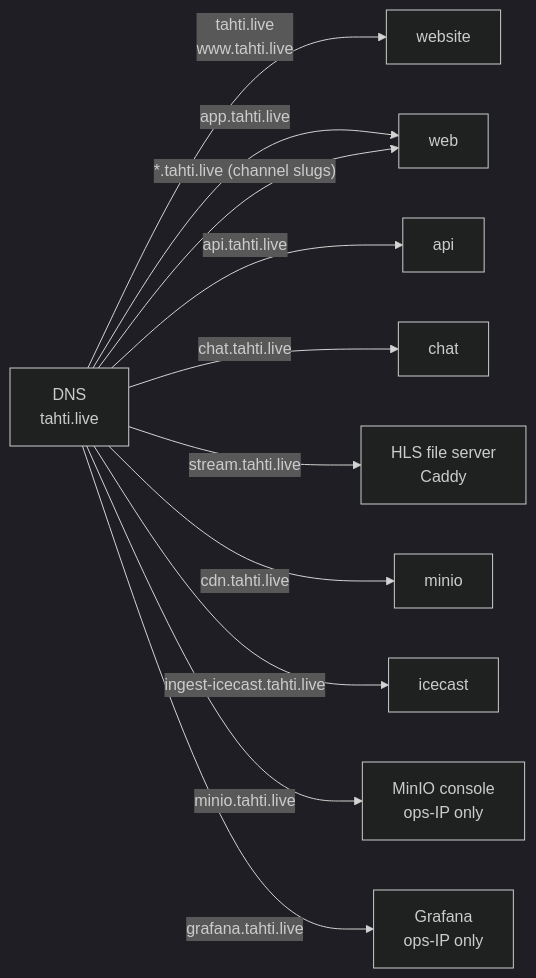
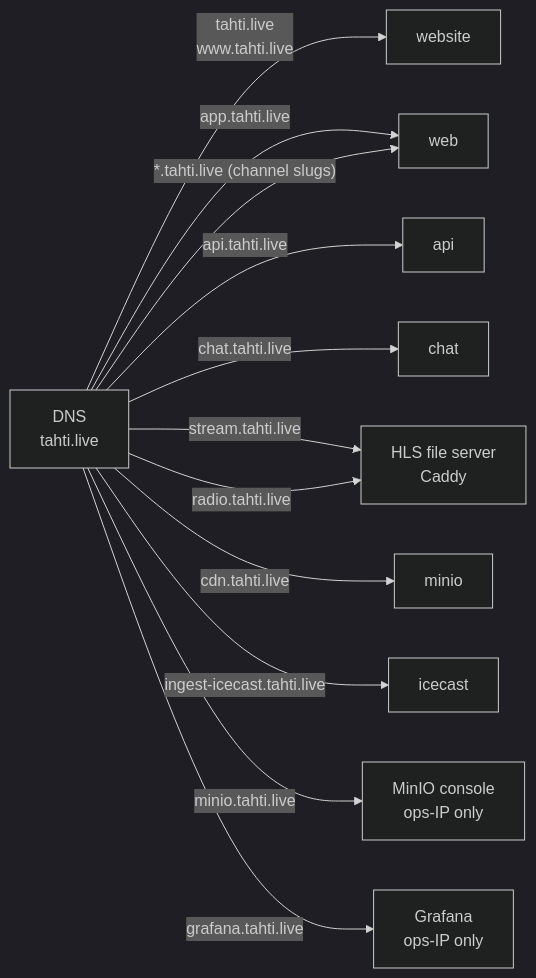
Before and after one commit to janiluuk/tahti-org: the third of 3 diagrams in docs/technical/overview.md, drawn with Mermaid (dark theme). The commit also changed other lines of this file and 26 other files, not shown here.

````diff
--- a/docs/technical/overview.md
+++ b/docs/technical/overview.md
@@ -145,15 +184,16 @@
 ```mermaid
 graph LR
     DNS["DNS\ntahti.live"]
 
     DNS -- "tahti.live\nwww.tahti.live" --> website
     DNS -- "app.tahti.live" --> web
     DNS -- "*.tahti.live (channel slugs)" --> web
     DNS -- "api.tahti.live" --> api
     DNS -- "chat.tahti.live" --> chat
     DNS -- "stream.tahti.live" --> hls[HLS file server\nCaddy]
+    DNS -- "radio.tahti.live" --> hls
     DNS -- "cdn.tahti.live" --> minio
     DNS -- "ingest-icecast.tahti.live" --> icecast
     DNS -- "minio.tahti.live" --> minio_console[MinIO console\nops-IP only]
     DNS -- "grafana.tahti.live" --> grafana[Grafana\nops-IP only]
 ```
````
